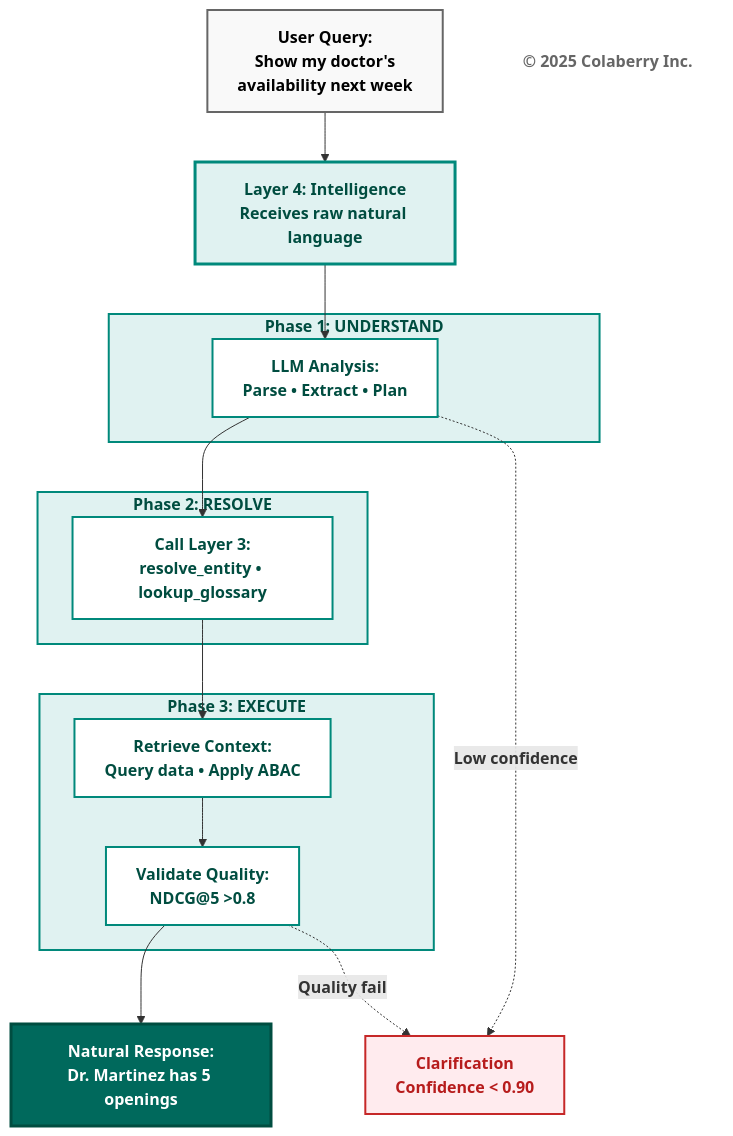
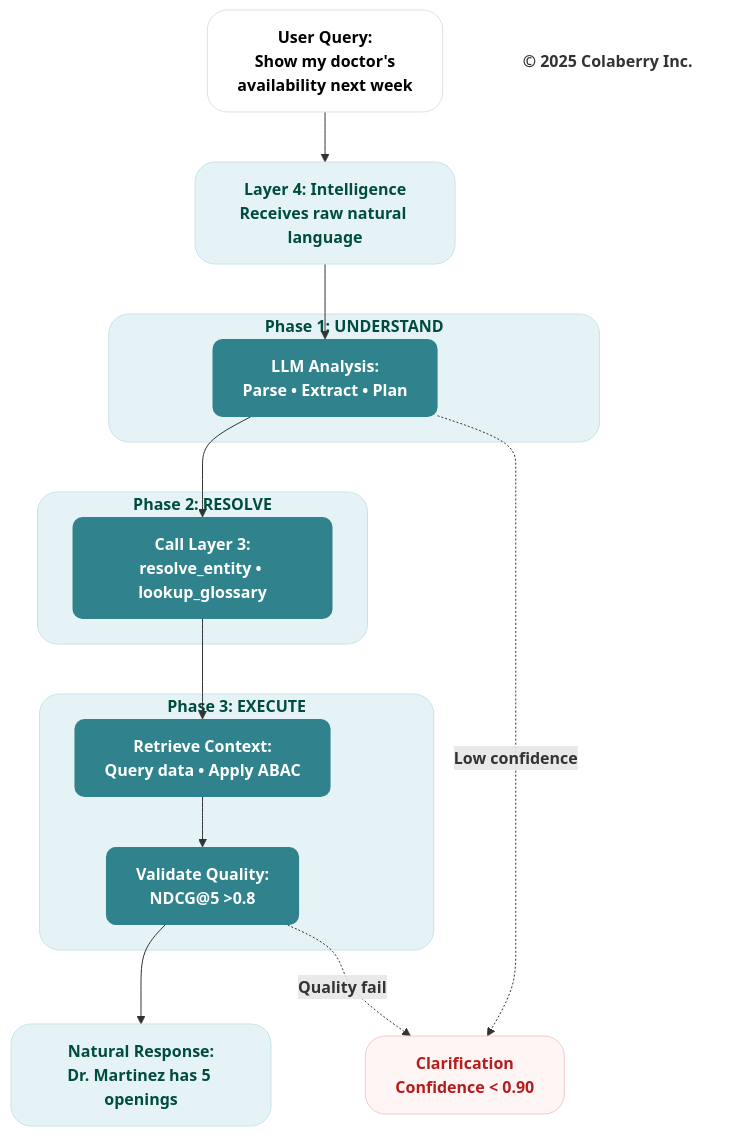
Before and after one commit to saitejesh-cyber/trust-before-intelligence-book: the tenth of 14 diagrams in manuscript/08_chapter_7_goals_framework.md, drawn with Mermaid. The commit also changed other lines of this file and 7 other files, not shown here.

Commit message:
Chapter 6to13: Updated mermaid diagrams based on new colaberry color code

````diff
--- a/manuscript/08_chapter_7_goals_framework.md
+++ b/manuscript/08_chapter_7_goals_framework.md
@@ -1140,47 +1140,47 @@
 ```mermaid
 graph TB
     NL["<b>User Query:</b><br/><b>Show my doctor's</b><br/><b>availability next week</b>"]
     
     NL --> L4["<b>Layer 4: Intelligence</b><br/><b>Receives raw natural language</b>"]
     
     subgraph PHASE1["<b>Phase 1: UNDERSTAND</b>"]
         P1["<b>LLM Analysis:</b><br/><b>Parse • Extract • Plan</b>"]
     end
     
     subgraph PHASE2["<b>Phase 2: RESOLVE</b>"]
         P2["<b>Call Layer 3:</b><br/><b>resolve_entity • lookup_glossary</b>"]
     end
     
     subgraph PHASE3["<b>Phase 3: EXECUTE</b>"]
         P3A["<b>Retrieve Context:</b><br/><b>Query data • Apply ABAC</b>"]
         P3B["<b>Validate Quality:</b><br/><b>NDCG@5 >0.8</b>"]
     end
     
     CLARIFY["<b>Clarification</b><br/><b>Confidence < 0.90</b>"]
     
     RESULT["<b>Natural Response:</b><br/><b>Dr. Martinez has 5 openings</b>"]
     
     L4 --> P1
     P1 --> P2
     P2 --> P3A
     P3A --> P3B
     P3B --> RESULT
     
     P1 -.->|<b>Low confidence</b>| CLARIFY
     P3B -.->|<b>Quality fail</b>| CLARIFY
     
-    style L4 fill:#e0f2f1,stroke:#00897b,stroke-width:3px,color:#004d40
-    style PHASE1 fill:#e0f2f1,stroke:#00897b,stroke-width:2px,color:#004d40
-    style PHASE2 fill:#e0f2f1,stroke:#00897b,stroke-width:2px,color:#004d40
-    style PHASE3 fill:#e0f2f1,stroke:#00897b,stroke-width:2px,color:#004d40
-    style P1 fill:#ffffff,stroke:#00897b,stroke-width:2px,color:#004d40
-    style P2 fill:#ffffff,stroke:#00897b,stroke-width:2px,color:#004d40
-    style P3A fill:#ffffff,stroke:#00897b,stroke-width:2px,color:#004d40
-    style P3B fill:#ffffff,stroke:#00897b,stroke-width:2px,color:#004d40
-    style RESULT fill:#00695c,color:#ffffff,stroke:#004d40,stroke-width:3px
-    style CLARIFY fill:#ffebee,stroke:#c62828,stroke-width:2px,color:#b71c1c
-    style NL fill:#f9f9f9,stroke:#666666,stroke-width:2px,color:#000000
+    style L4 fill:#e6f3f6,stroke:#c7e3ea,stroke-width:1px,color:#004d40,rx:20,ry:20
+    style PHASE1 fill:#e6f3f6,stroke:#c7e3ea,stroke-width:1px,color:#004d40,rx:20,ry:20
+    style PHASE2 fill:#e6f3f6,stroke:#c7e3ea,stroke-width:1px,color:#004d40,rx:20,ry:20
+    style PHASE3 fill:#e6f3f6,stroke:#c7e3ea,stroke-width:1px,color:#004d40,rx:20,ry:20
+    style P1 fill:#30838C,stroke:none,color:#ffffff,rx:10,ry:10
+    style P2 fill:#30838C,stroke:none,color:#ffffff,rx:10,ry:10
+    style P3A fill:#30838C,stroke:none,color:#ffffff,rx:10,ry:10
+    style P3B fill:#30838C,stroke:none,color:#ffffff,rx:10,ry:10
+    style RESULT fill:#e6f3f6,stroke:#c7e3ea,stroke-width:1px,color:#004d40,rx:20,ry:20
+    style CLARIFY fill:#fff5f5,stroke:#f2caca,stroke-width:1px,color:#b71c1c,rx:20,ry:20
+    style NL fill:#ffffff,stroke:#e0e0e0,stroke-width:1px,color:#000000,rx:20,ry:20
     
     Copyright["<b>© 2025 Colaberry Inc.</b>"]
-    style Copyright fill:#ffffff,stroke:none,color:#666666
+    style Copyright fill:none,stroke:none,color:#333333
 ```
````
